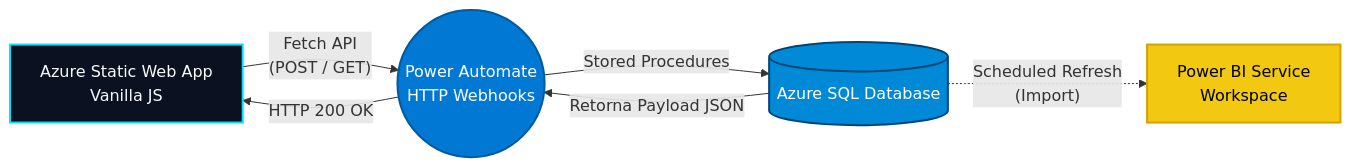
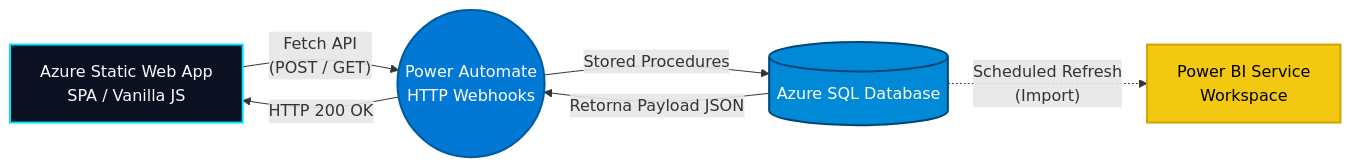
The diagram in README.md (GabrielVieiraDL/personal-job-tracker), drawn with Mermaid before and after one commit. The commit also changed other lines of this file and 3 other files, not shown here.

````diff
--- a/README.md
+++ b/README.md
@@ -48,14 +48,14 @@
 ```mermaid
 graph LR
-    A[Azure Static Web App<br>Vanilla JS] -- Fetch API<br>(POST / GET) --> B((Power Automate<br>HTTP Webhooks))
+    A[Azure Static Web App<br>SPA / Vanilla JS] -- Fetch API<br>(POST / GET) --> B((Power Automate<br>HTTP Webhooks))
     B -- Stored Procedures --> C[(Azure SQL Database)]
     C -- Retorna Payload JSON --> B
     B -- HTTP 200 OK --> A
     
     C -. Scheduled Refresh<br>(Import) .-> D[Power BI Service<br>Workspace]
     
     style A fill:#0B1120,stroke:#00E5FF,stroke-width:2px,color:#F8FAFC
     style B fill:#0078D4,stroke:#005A9E,stroke-width:2px,color:#FFFFFF
     style C fill:#0089D6,stroke:#004578,stroke-width:2px,color:#FFFFFF
     style D fill:#F2C811,stroke:#D1A300,stroke-width:2px,color:#000000
 ```
````
